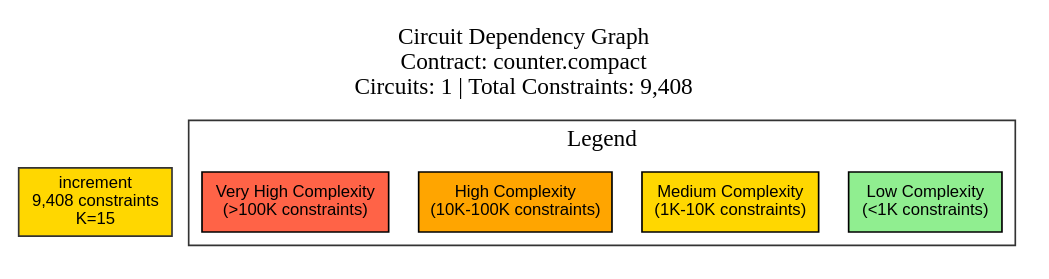
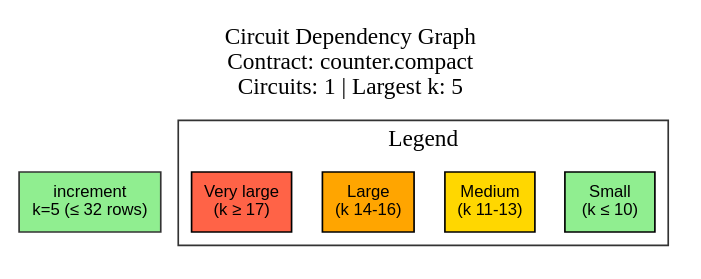
Before and after one commit to verifiably-human/compact: the diagram in tools/security-analyzer/circuit-visualizations/dependency-graph.dot, drawn with Graphviz. The commit also changed 30 other files, not shown here.

```diff
--- a/tools/security-analyzer/circuit-visualizations/dependency-graph.dot
+++ b/tools/security-analyzer/circuit-visualizations/dependency-graph.dot
@@ -1,24 +1,26 @@
 digraph CircuitDependencies {
   rankdir=TB;
   bgcolor="#FFFFFF";
-  node [shape=box, style=filled, fontname="Arial", fontsize=10];
-  edge [fontname="Arial", fontsize=8];
+  fontcolor="#000000";
+  node [shape=box, style=filled, fontname="Arial", fontsize=10, fontcolor="#000000"];
+  edge [fontname="Arial", fontsize=8, fontcolor="#000000"];
 
-  label="Circuit Dependency Graph\nContract: counter.compact\nCircuits: 1 | Total Constraints: 9,408";
+  label="Circuit Dependency Graph\nContract: counter.compact\nCircuits: 1 | Largest k: 5";
   labelloc="t";
   fontsize=14;
 
-  "increment" [label="increment\n9,408 constraints\nK=15", fillcolor="#FFD700", color="#333333"];
+  "increment" [label="increment\nk=5 (≤ 32 rows)", fillcolor="#90EE90", color="#333333"];
+
 
   subgraph cluster_legend {
     label="Legend";
     style=filled;
     color="#333333";
     fillcolor="#FFFFFF";
 
-    legend_low [label="Low Complexity\n(<1K constraints)", fillcolor="#90EE90", shape=box];
-    legend_med [label="Medium Complexity\n(1K-10K constraints)", fillcolor="#FFD700", shape=box];
-    legend_high [label="High Complexity\n(10K-100K constraints)", fillcolor="#FFA500", shape=box];
-    legend_vhigh [label="Very High Complexity\n(>100K constraints)", fillcolor="#FF6347", shape=box];
+    legend_low [label="Small\n(k ≤ 10)", fillcolor="#90EE90", shape=box];
+    legend_med [label="Medium\n(k 11-13)", fillcolor="#FFD700", shape=box];
+    legend_high [label="Large\n(k 14-16)", fillcolor="#FFA500", shape=box];
+    legend_vhigh [label="Very large\n(k ≥ 17)", fillcolor="#FF6347", shape=box];
   }
 }
```
